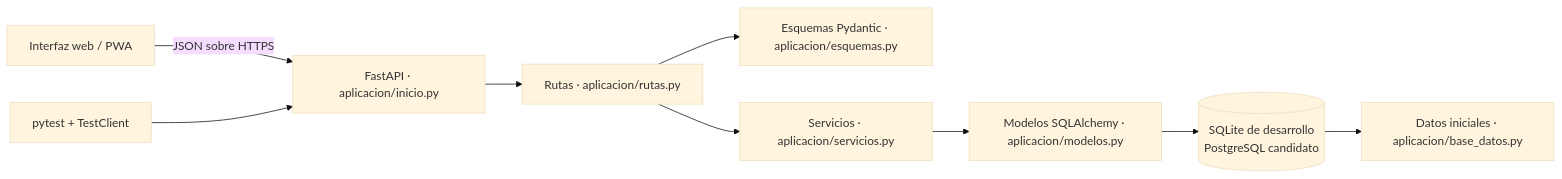
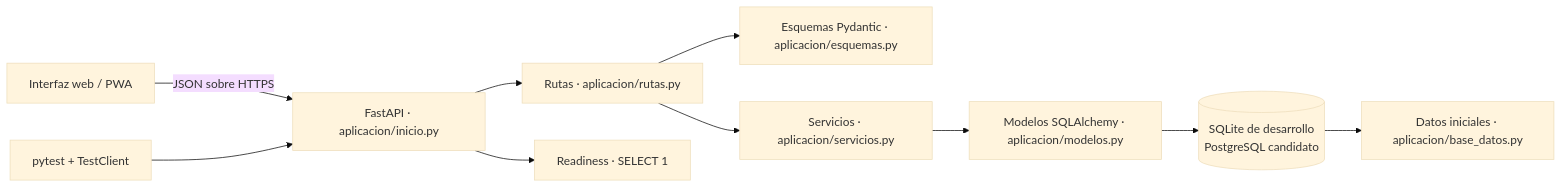
Before and after one commit to zNicolasDev/QrPass: the first of 4 diagrams in servidor/documentacion/arquitectura.md, drawn with Mermaid (base theme). The commit also changed other lines of this file and 14 other files, not shown here.

First line of the commit message:
Add readiness, payment history, and API docs

````diff
--- a/servidor/documentacion/arquitectura.md
+++ b/servidor/documentacion/arquitectura.md
@@ -5,11 +5,12 @@
 ```mermaid
 flowchart LR
     FE[Interfaz web / PWA] -->|JSON sobre HTTPS| API[FastAPI · aplicacion/inicio.py]
     API --> CTRL[Rutas · aplicacion/rutas.py]
+    API --> READY[Readiness · SELECT 1]
     CTRL --> DTO[Esquemas Pydantic · aplicacion/esquemas.py]
     CTRL --> SVC[Servicios · aplicacion/servicios.py]
     SVC --> ORM[Modelos SQLAlchemy · aplicacion/modelos.py]
     ORM --> DB[(SQLite de desarrollo<br/>PostgreSQL candidato)]
     DB --> SEED[Datos iniciales · aplicacion/base_datos.py]
     TEST[pytest + TestClient] --> API
 ```
````
